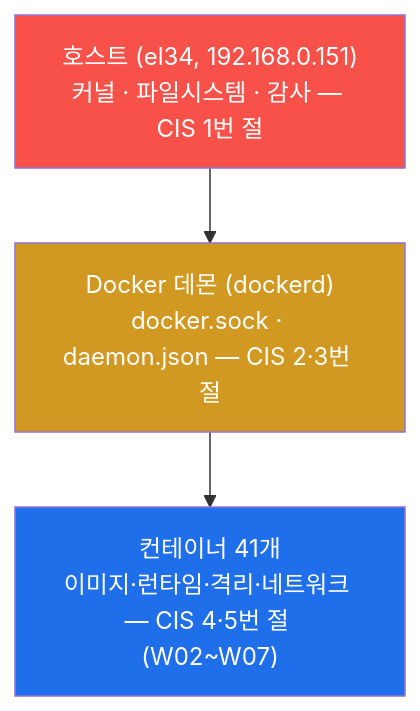
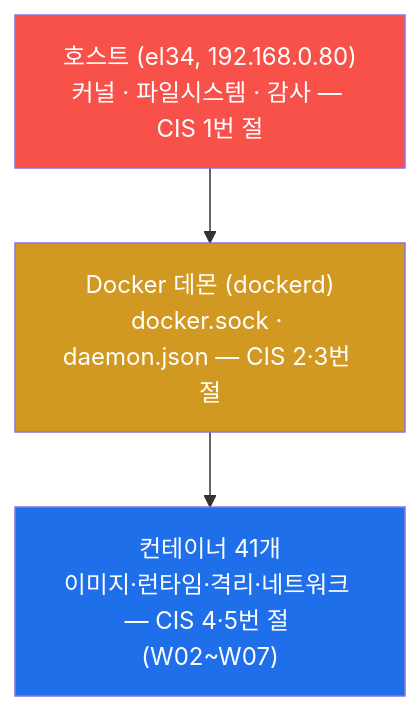
One commit to mrgrit/tw2 changed the second of 14 diagrams in contents/training/cloud-container/lecture_week09.md. Above: the diagram before and after it, drawn with Mermaid. The commit also changed other lines of this file and 119 other files, not shown here.

````diff
--- a/contents/training/cloud-container/lecture_week09.md
+++ b/contents/training/cloud-container/lecture_week09.md
@@ -243,10 +243,10 @@
 ```mermaid
 graph TD
-    HOST["호스트 (el34, 192.168.0.151)<br/>커널 · 파일시스템 · 감사 — CIS 1번 절"]
+    HOST["호스트 (el34, 192.168.0.80)<br/>커널 · 파일시스템 · 감사 — CIS 1번 절"]
     DAEMON["Docker 데몬 (dockerd)<br/>docker.sock · daemon.json — CIS 2·3번 절"]
     CTRS["컨테이너 41개<br/>이미지·런타임·격리·네트워크 — CIS 4·5번 절 (W02~W07)"]
     HOST --> DAEMON --> CTRS
     style HOST fill:#f85149,color:#fff
     style DAEMON fill:#d29922,color:#fff
     style CTRS fill:#1f6feb,color:#fff
 ```
````
